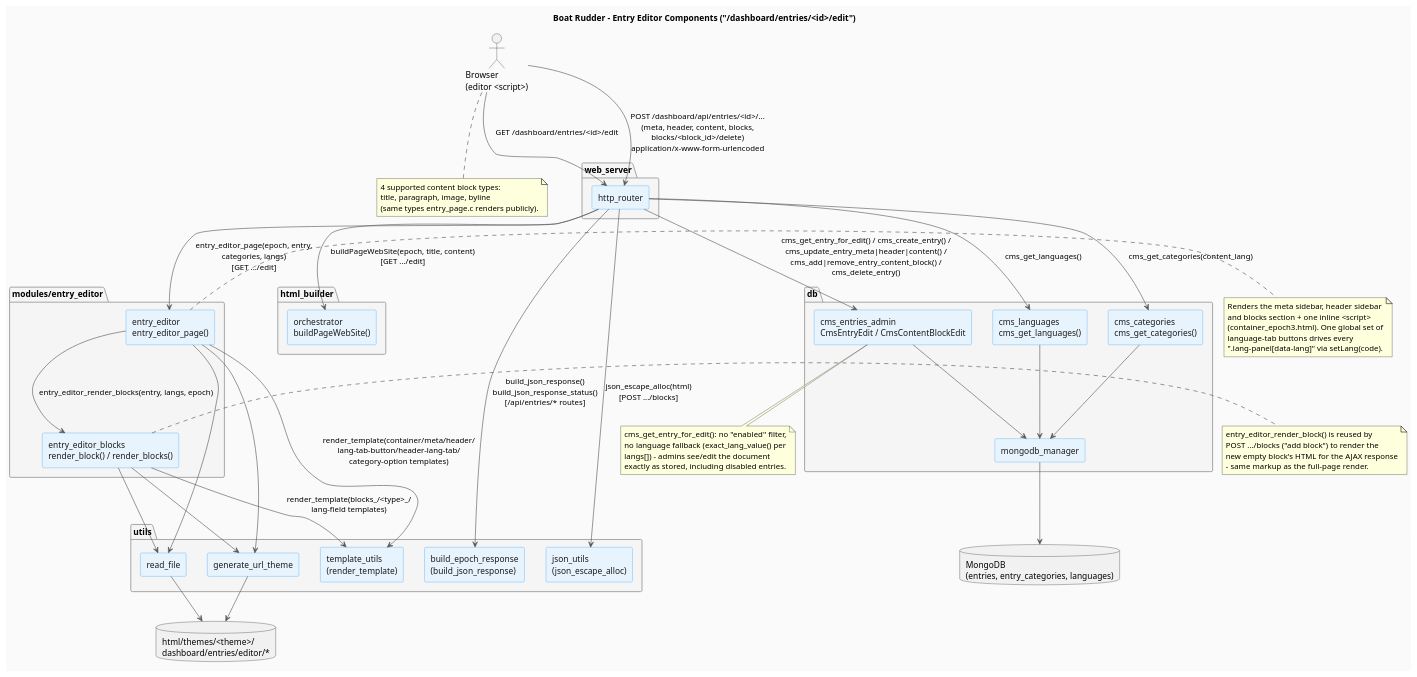
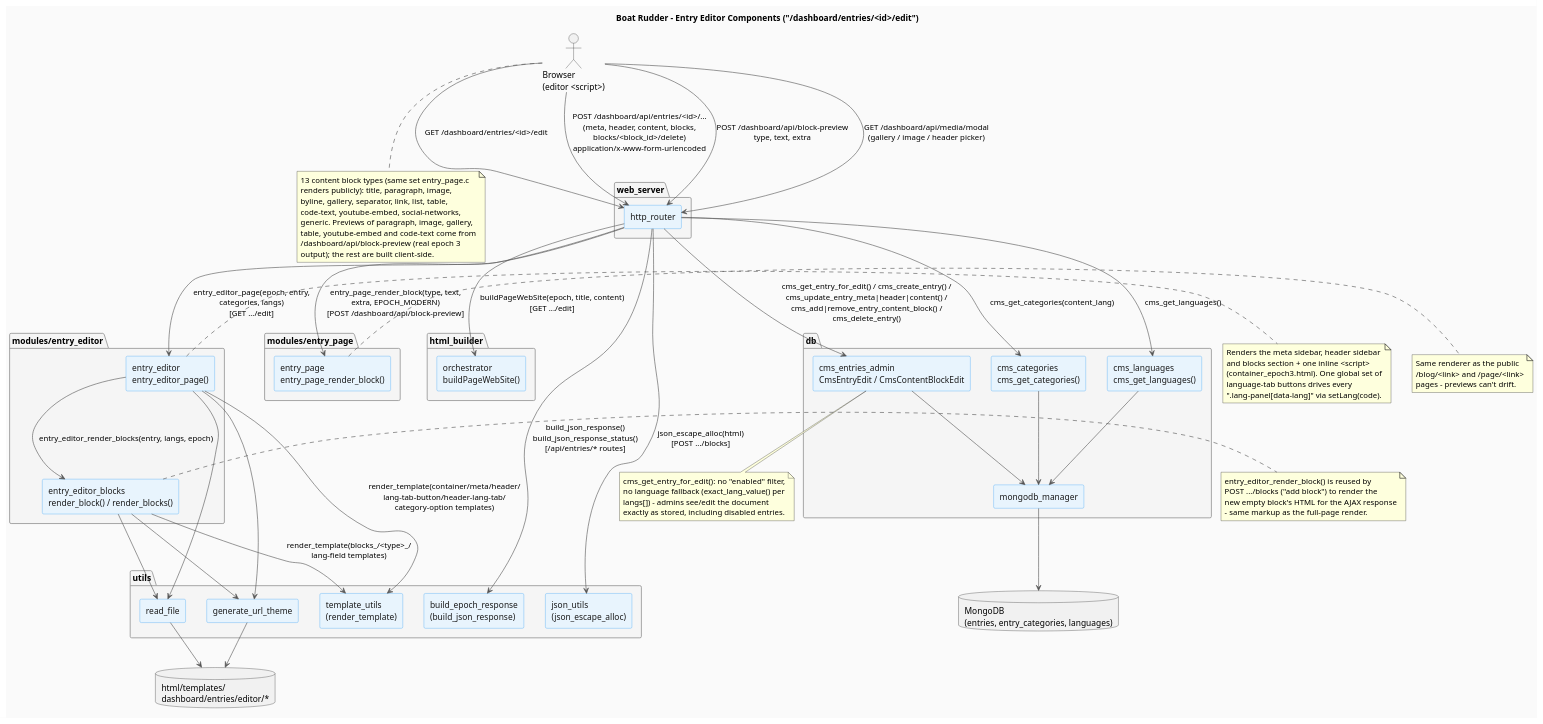
One commit to jpablotoledom/boat-rudder changed the diagram in develop_docs/diagrams/entry-editor-components.puml. Above: the diagram before and after it, drawn with PlantUML. The commit also changed 53 other files, not shown here.

```diff
--- a/develop_docs/diagrams/entry-editor-components.puml
+++ b/develop_docs/diagrams/entry-editor-components.puml
@@ -1,109 +1,127 @@
 @startuml entry-editor-components
 
 title Boat Rudder - Entry Editor Components ("/dashboard/entries/<id>/edit")
 
 skinparam componentStyle rectangle
 skinparam backgroundColor #FAFAFA
 skinparam component {
     BackgroundColor #E8F4FD
     BorderColor #2196F3
     FontColor #1A1A1A
 }
 skinparam package {
     BackgroundColor #F5F5F5
     BorderColor #9E9E9E
 }
 skinparam arrow {
     Color #555555
 }
 
 actor "Browser\n(editor <script>)" as BROWSER
 
 package "web_server" {
     [http_router] as ROUTER
 }
 
 package "html_builder" {
     [orchestrator\nbuildPageWebSite()] as ORCH
 }
 
+package "modules/entry_page" {
+    [entry_page\nentry_page_render_block()] as PUBRENDER
+}
+
 package "modules/entry_editor" {
     [entry_editor\nentry_editor_page()] as EDITOR
     [entry_editor_blocks\nrender_block() / render_blocks()] as BLOCKS
 }
 
 package "db" {
     [cms_entries_admin\nCmsEntryEdit / CmsContentBlockEdit] as CMSADMIN
     [cms_languages\ncms_get_languages()] as CMSLANG
     [cms_categories\ncms_get_categories()] as CMSCAT
     [mongodb_manager] as MONGO
 }
 
 package "utils" {
     [generate_url_theme] as URLTHEME
     [read_file] as READFILE
     [template_utils\n(render_template)] as TPL
     [build_epoch_response\n(build_json_response)] as RESP
     [json_utils\n(json_escape_alloc)] as JSON
 }
 
-database "html/themes/<theme>/\ndashboard/entries/editor/*" as FS
+database "html/templates/\ndashboard/entries/editor/*" as FS
 database "MongoDB\n(entries, entry_categories, languages)" as DB
 
 BROWSER --> ROUTER : GET /dashboard/entries/<id>/edit
 BROWSER --> ROUTER : POST /dashboard/api/entries/<id>/...\n(meta, header, content, blocks,\nblocks/<block_id>/delete)\napplication/x-www-form-urlencoded
+BROWSER --> ROUTER : POST /dashboard/api/block-preview\ntype, text, extra
+BROWSER --> ROUTER : GET /dashboard/api/media/modal\n(gallery / image / header picker)
 
 ROUTER --> EDITOR : entry_editor_page(epoch, entry,\ncategories, langs)\n[GET .../edit]
 ROUTER --> CMSADMIN : cms_get_entry_for_edit() / cms_create_entry() /\ncms_update_entry_meta|header|content() /\ncms_add|remove_entry_content_block() /\ncms_delete_entry()
 ROUTER --> CMSLANG : cms_get_languages()
 ROUTER --> CMSCAT : cms_get_categories(content_lang)
 ROUTER --> ORCH : buildPageWebSite(epoch, title, content)\n[GET .../edit]
 ROUTER --> RESP : build_json_response()\nbuild_json_response_status()\n[/api/entries/* routes]
 ROUTER --> JSON : json_escape_alloc(html)\n[POST .../blocks]
+ROUTER --> PUBRENDER : entry_page_render_block(type, text,\nextra, EPOCH_MODERN)\n[POST /dashboard/api/block-preview]
 
 EDITOR --> BLOCKS : entry_editor_render_blocks(entry, langs, epoch)
 EDITOR --> URLTHEME
 EDITOR --> READFILE
 EDITOR --> TPL : render_template(container/meta/header/\nlang-tab-button/header-lang-tab/\ncategory-option templates)
 
 BLOCKS --> URLTHEME
 BLOCKS --> READFILE
 BLOCKS --> TPL : render_template(blocks_/<type>_/\nlang-field templates)
 
 CMSADMIN --> MONGO
 CMSLANG --> MONGO
 CMSCAT --> MONGO
 MONGO --> DB
 
 URLTHEME --> FS
 READFILE --> FS
 
 note right of EDITOR
   Renders the meta sidebar, header sidebar
   and blocks section + one inline <script>
   (container_epoch3.html). One global set of
   language-tab buttons drives every
   ".lang-panel[data-lang]" via setLang(code).
 end note
 
 note right of BLOCKS
   entry_editor_render_block() is reused by
   POST .../blocks ("add block") to render the
   new empty block's HTML for the AJAX response
   - same markup as the full-page render.
 end note
 
 note bottom of CMSADMIN
   cms_get_entry_for_edit(): no "enabled" filter,
   no language fallback (exact_lang_value() per
   langs[]) - admins see/edit the document
   exactly as stored, including disabled entries.
 end note
 
 note bottom of BROWSER
-  4 supported content block types:
-  title, paragraph, image, byline
-  (same types entry_page.c renders publicly).
+  13 content block types (same set entry_page.c
+  renders publicly): title, paragraph, image,
+  byline, gallery, separator, link, list, table,
+  code-text, youtube-embed, social-networks,
+  generic. Previews of paragraph, image, gallery,
+  table, youtube-embed and code-text come from
+  /dashboard/api/block-preview (real epoch 3
+  output); the rest are built client-side.
+end note
+
+note right of PUBRENDER
+  Same renderer as the public
+  /blog/<link> and /page/<link>
+  pages - previews can't drift.
 end note
 
 @enduml
```
